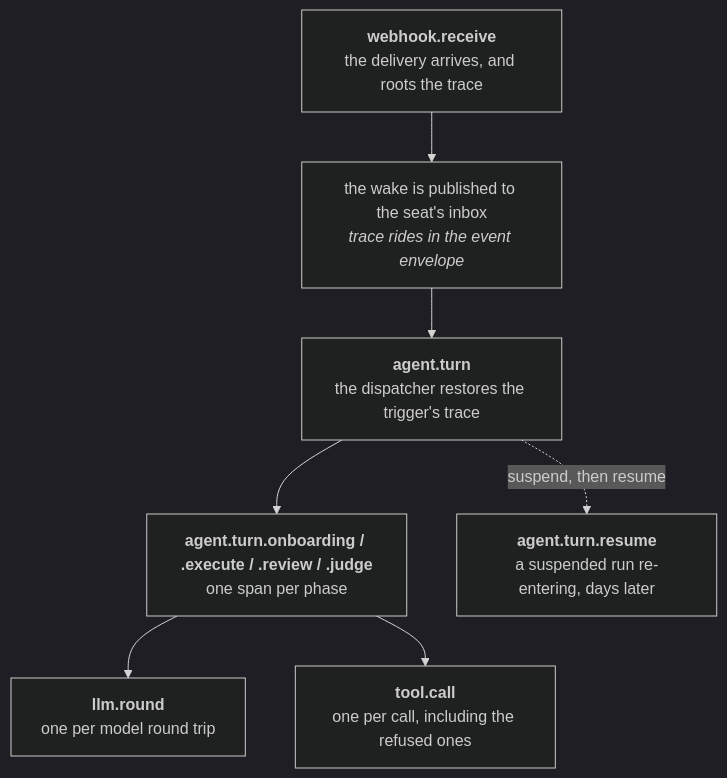
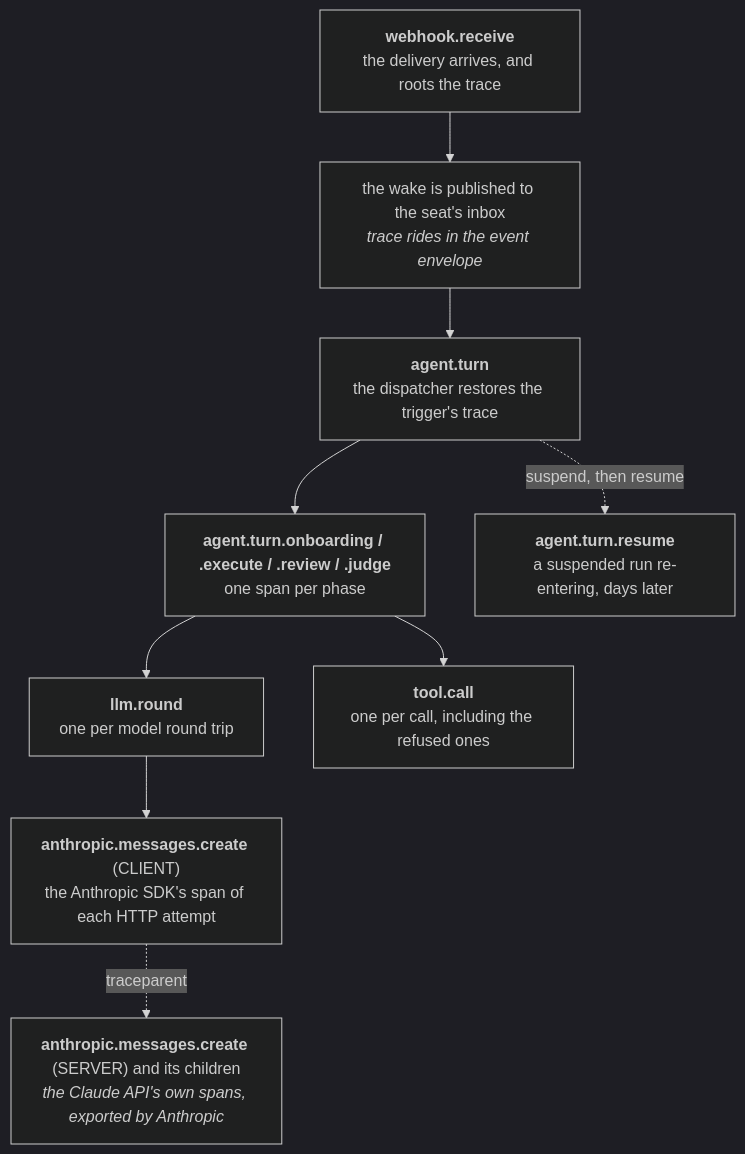
The diagram in docs/guides/deployment.md (crewlet/crewlet), drawn with Mermaid (dark theme) before and after one commit. The commit also changed other lines of this file and 12 other files, not shown here.

````diff
--- a/docs/guides/deployment.md
+++ b/docs/guides/deployment.md
@@ -1218,14 +1218,18 @@
 ```mermaid
 flowchart TD
     A["<b>webhook.receive</b><br/>the delivery arrives, and roots the trace"]
     B["the wake is published to the seat's inbox<br/><i>trace rides in the event envelope</i>"]
     C["<b>agent.turn</b><br/>the dispatcher restores the trigger's trace"]
     D["<b>agent.turn.onboarding / .execute / .review / .judge</b><br/>one span per phase"]
     E["<b>llm.round</b><br/>one per model round trip"]
     F["<b>tool.call</b><br/>one per call, including the refused ones"]
     G["<b>agent.turn.resume</b><br/>a suspended run re-entering, days later"]
+    H["<b>anthropic.messages.create</b> (CLIENT)<br/>the Anthropic SDK's span of each HTTP attempt"]
+    I["<b>anthropic.messages.create</b> (SERVER) and its children<br/><i>the Claude API's own spans, exported by Anthropic</i>"]
     A --> B --> C --> D
     D --> E
     D --> F
+    E --> H
+    H -.->|"traceparent"| I
     C -.->|"suspend, then resume"| G
 ```
````
